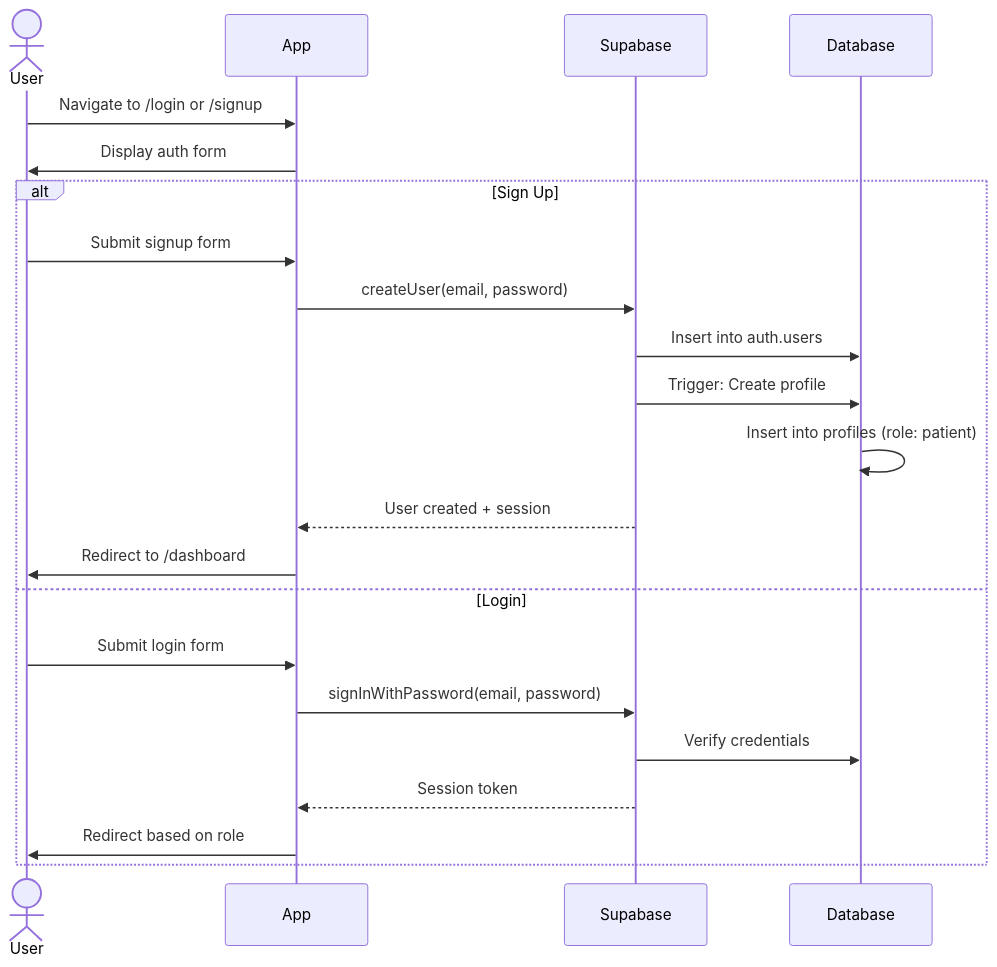
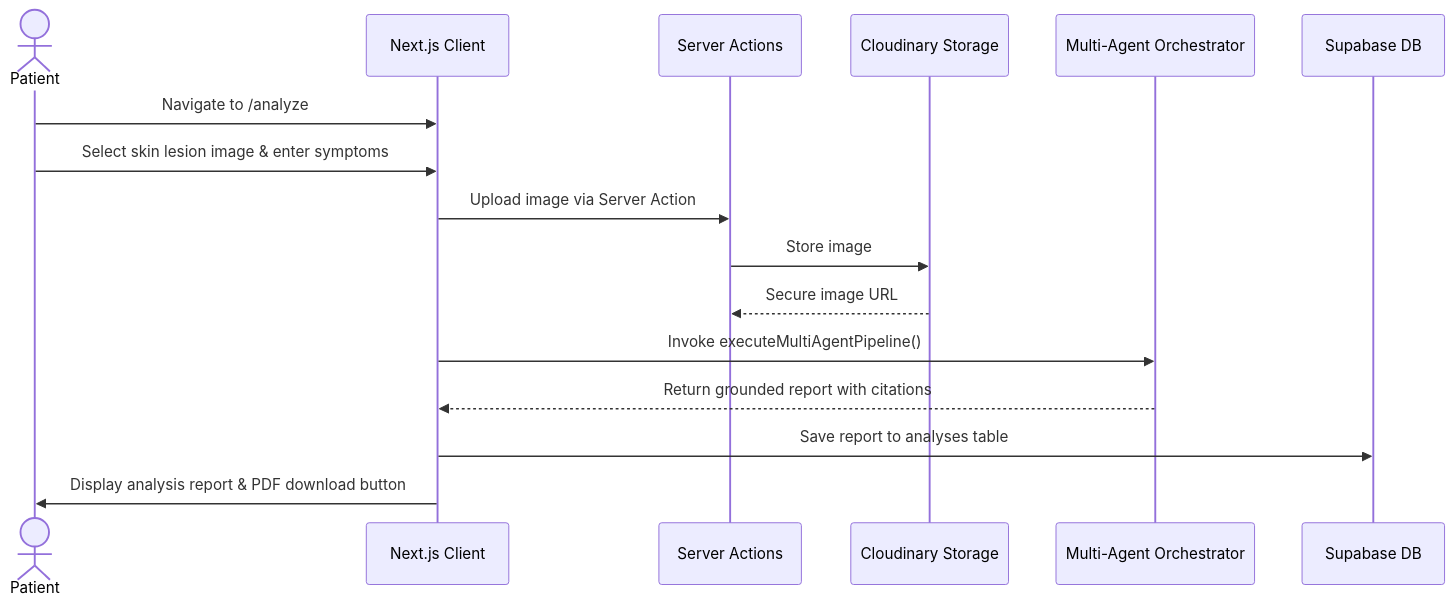
Diagram 12 of 13 in README.md (salman-momin08/dermiassist), drawn with Mermaid before and after one commit. The commit also changed other lines of this file and 64 other files, not shown here.

````diff
--- a/README.md
+++ b/README.md
@@ -324,26 +477,21 @@
 ```mermaid
 sequenceDiagram
-    actor User
-    participant App
-    participant Supabase
-    participant Database
+    actor Patient
+    participant App as Next.js Client
+    participant Actions as Server Actions
+    participant Cloudinary as Cloudinary Storage
+    participant Orchestrator as Multi-Agent Orchestrator
+    participant DB as Supabase DB
+
+    Patient->>App: Navigate to /analyze
+    Patient->>App: Select skin lesion image & enter symptoms
+    App->>Actions: Upload image via Server Action
+    Actions->>Cloudinary: Store image
+    Cloudinary-->>Actions: Secure image URL
     
-    User->>App: Navigate to /login or /signup
-    App->>User: Display auth form
+    App->>Orchestrator: Invoke executeMultiAgentPipeline()
+    Orchestrator-->>App: Return grounded report with citations
     
-    alt Sign Up
-        User->>App: Submit signup form
-        App->>Supabase: createUser(email, password)
-        Supabase->>Database: Insert into auth.users
-        Supabase->>Database: Trigger: Create profile
-        Database->>Database: Insert into profiles (role: patient)
-        Supabase-->>App: User created + session
-        App->>User: Redirect to /dashboard
-    else Login
-        User->>App: Submit login form
-        App->>Supabase: signInWithPassword(email, password)
-        Supabase->>Database: Verify credentials
-        Supabase-->>App: Session token
-        App->>User: Redirect based on role
-    end
+    App->>DB: Save report to analyses table
+    App->>Patient: Display analysis report & PDF download button
 ```
````
